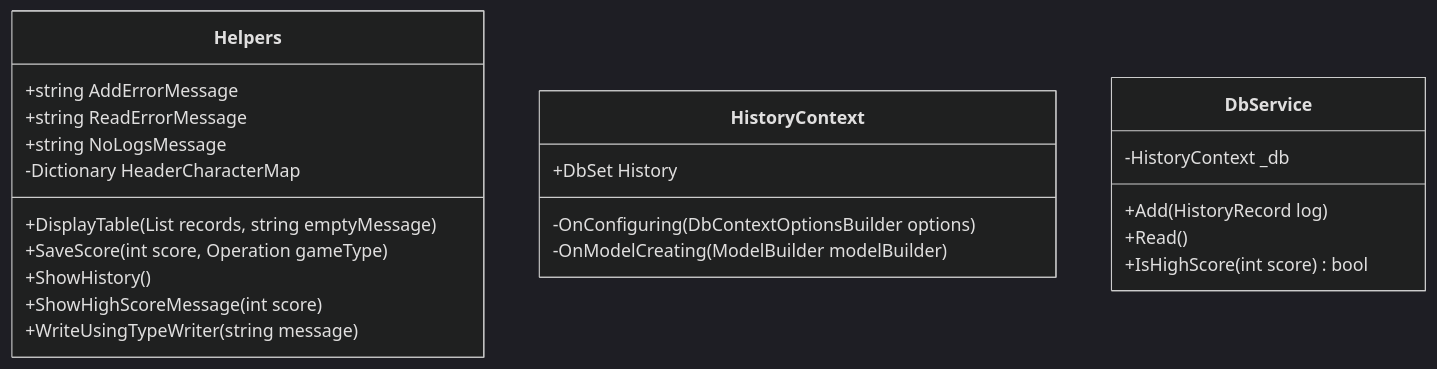
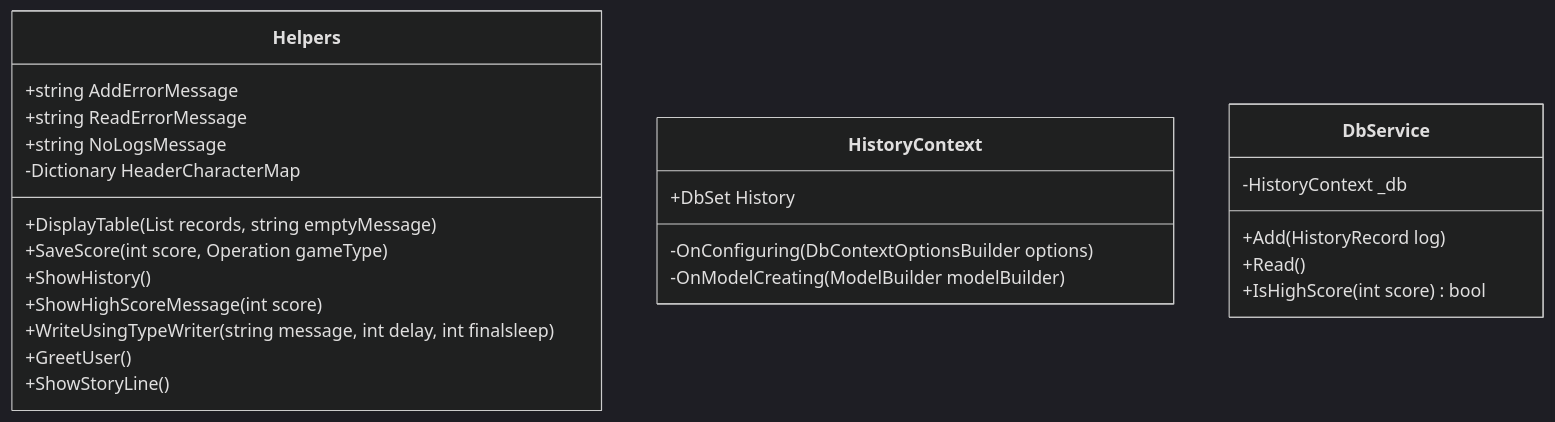
Before and after one commit to CodeDreamer06/MathGameChallenge: the fourth of 4 diagrams in readme.md, drawn with Mermaid (dark theme). The commit also changed other lines of this file and 6 other files, not shown here.

````diff
--- a/readme.md
+++ b/readme.md
@@ -107,27 +128,29 @@
 ```mermaid
 classDiagram
   class Helpers {
     +string AddErrorMessage
     +string ReadErrorMessage
     +string NoLogsMessage
     -Dictionary HeaderCharacterMap
     +DisplayTable(List records, string emptyMessage)
     +SaveScore(int score, Operation gameType)
     +ShowHistory()
     +ShowHighScoreMessage(int score)
-    +WriteUsingTypeWriter(string message)
+    +WriteUsingTypeWriter(string message, int delay, int finalsleep)
+    +GreetUser()
+    +ShowStoryLine()
   }
   
   class HistoryContext {
     +DbSet History
     -OnConfiguring(DbContextOptionsBuilder options)
     -OnModelCreating(ModelBuilder modelBuilder)
   }
   
   class DbService {
 	  -HistoryContext _db
 	  +Add(HistoryRecord log)
 	  +Read()
 	  +IsHighScore(int score) bool
   }
 ```
````
